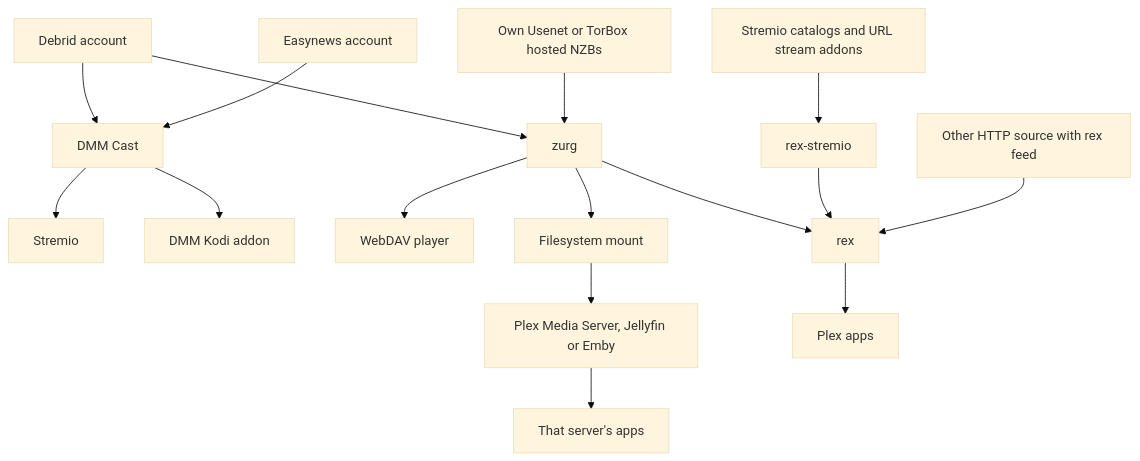
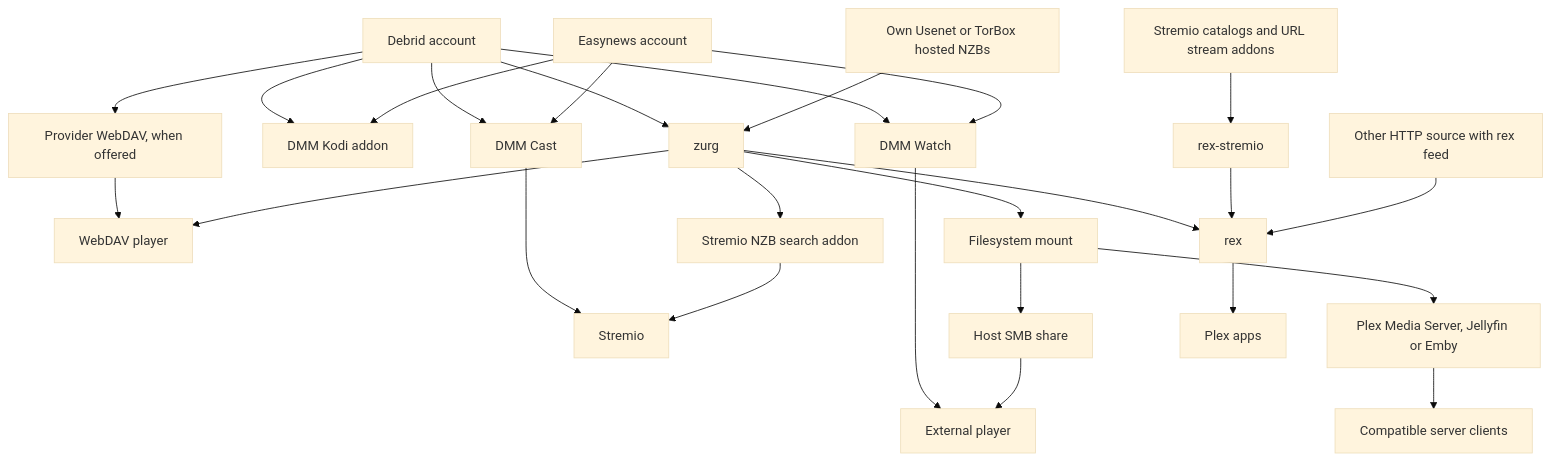
Before and after one commit to debridmediamanager/notes: the first of 3 diagrams in guides/choose-your-setup.md, drawn with Mermaid (base theme). The commit also changed other lines of this file and 3 other files, not shown here.

````diff
--- a/guides/choose-your-setup.md
+++ b/guides/choose-your-setup.md
@@ -43,18 +46,28 @@
 ```mermaid
 flowchart TD
     A[Debrid account] --> B[DMM Cast]
     E[Easynews account] --> B
     B --> C[Stremio]
-    B --> K[DMM Kodi addon]
+    A --> K[DMM Kodi addon]
+    E --> K
+    A --> D[Provider WebDAV, when offered]
+    D --> W[WebDAV player]
+    A --> V[DMM Watch]
+    E --> V
+    V --> F[External player]
     A --> Z[zurg]
     N[Own Usenet or TorBox hosted NZBs] --> Z
     Z --> W[WebDAV player]
+    Z --> ZA[Stremio NZB search addon]
+    ZA --> C
     Z --> M[Filesystem mount]
+    M --> SMB[Host SMB share]
+    SMB --> F
     M --> S[Plex Media Server, Jellyfin or Emby]
-    S --> P[That server's apps]
+    S --> P[Compatible server clients]
     Z --> R[rex]
     T[Stremio catalogs and URL stream addons] --> X[rex-stremio]
     X --> R
     H[Other HTTP source with rex feed] --> R
     R --> Q[Plex apps]
 ```
````
